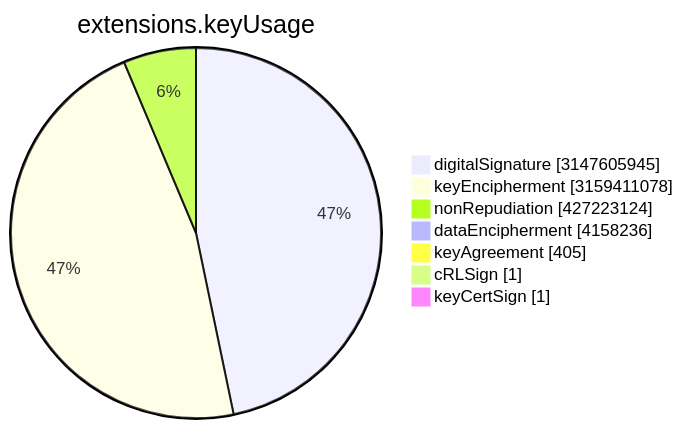
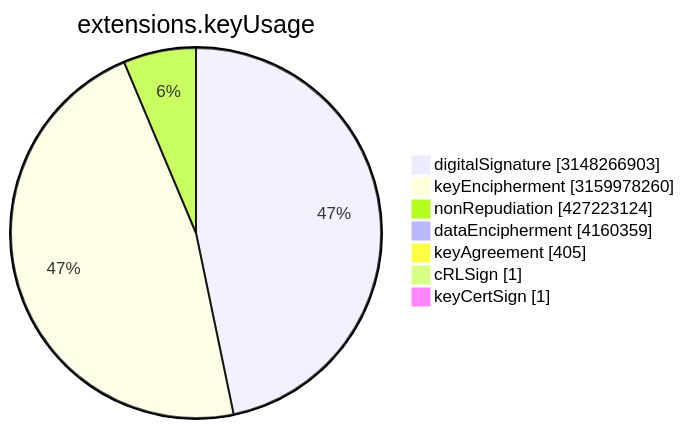
Before and after one commit to christiankrug/ctmonitor_visualization: the sixth of 15 diagrams in TOTAL/README.md, drawn with Mermaid. The commit also changed other lines of this file, not shown here.

````diff
--- a/TOTAL/README.md
+++ b/TOTAL/README.md
@@ -3077,11 +3077,11 @@
 ```mermaid
 pie showData
 title extensions.keyUsage
-"digitalSignature" :3147605945
-"keyEncipherment" :3159411078
+"digitalSignature" :3148266903
+"keyEncipherment" :3159978260
 "nonRepudiation" :427223124
-"dataEncipherment" :4158236
+"dataEncipherment" :4160359
 "keyAgreement" :405
 "cRLSign" :1
 "keyCertSign" :1
 ```
````
